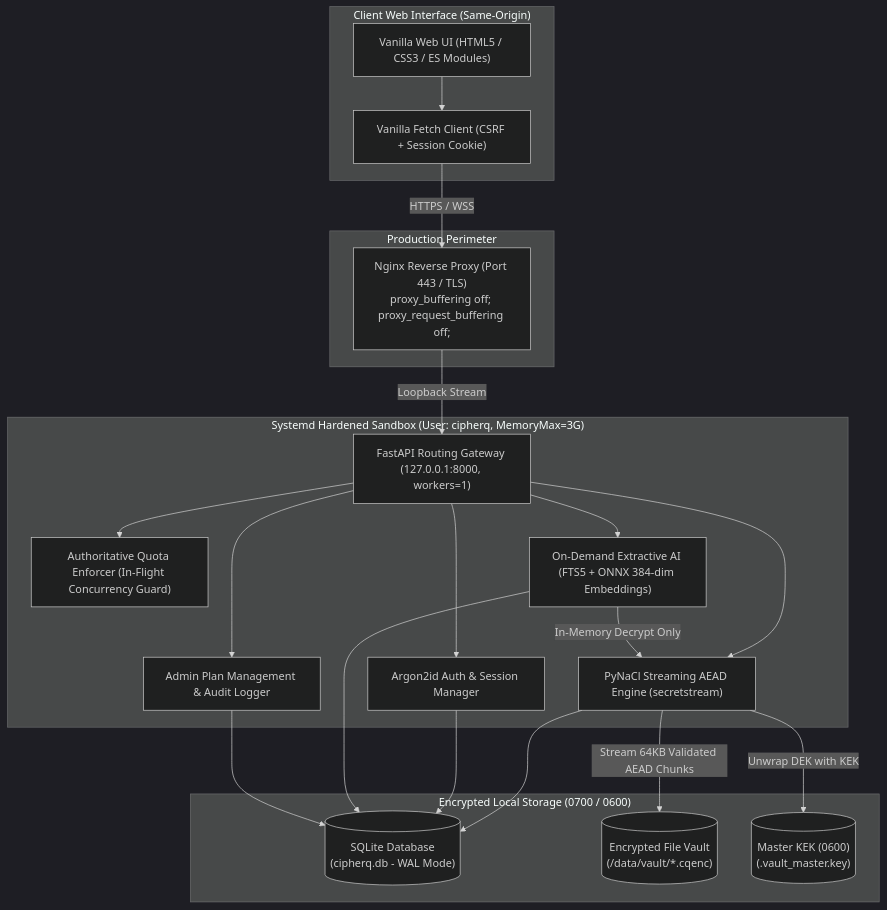
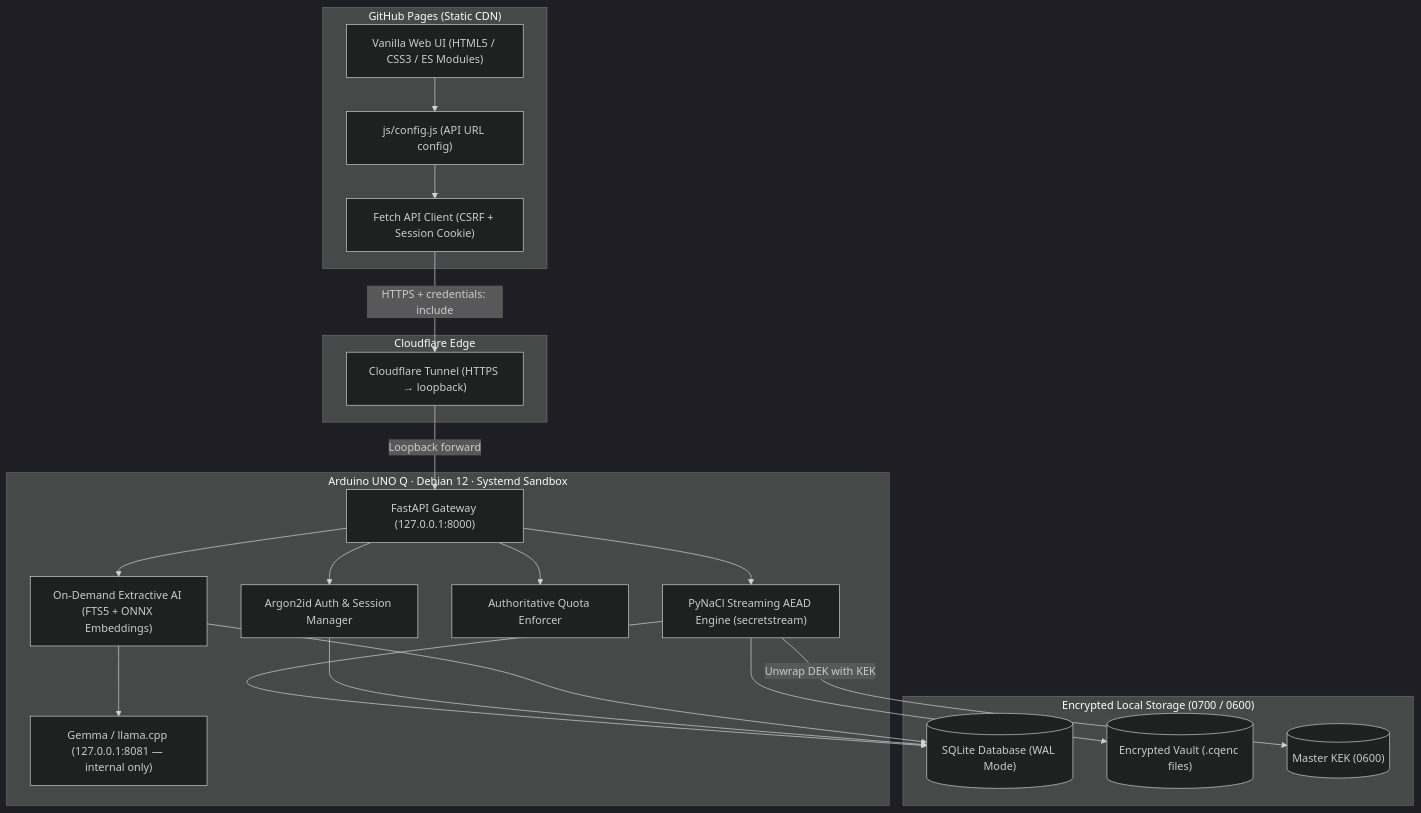
The diagram in README.md (nimalan-parameswaran/CipherQ), drawn with Mermaid (dark theme) before and after one commit. The commit also changed other lines of this file, not shown here.

````diff
--- a/README.md
+++ b/README.md
@@ -15,43 +56,41 @@
 ```mermaid
 flowchart TD
-    subgraph Browser ["Client Web Interface (Same-Origin)"]
+    subgraph Pages ["GitHub Pages (Static CDN)"]
         UI["Vanilla Web UI (HTML5 / CSS3 / ES Modules)"]
-        Client["Vanilla Fetch Client (CSRF + Session Cookie)"]
-        UI --> Client
+        Config["js/config.js (API URL config)"]
+        Client["Fetch API Client (CSRF + Session Cookie)"]
+        UI --> Config --> Client
     end
 
-    subgraph NetworkPerimeter ["Production Perimeter"]
-        Nginx["Nginx Reverse Proxy (Port 443 / TLS)\nproxy_buffering off; proxy_request_buffering off;"]
+    subgraph CF ["Cloudflare Edge"]
+        Tunnel["Cloudflare Tunnel (HTTPS → loopback)"]
     end
 
-    subgraph SystemdSandbox ["Systemd Hardened Sandbox (User: cipherq, MemoryMax=3G)"]
-        API["FastAPI Routing Gateway (127.0.0.1:8000, workers=1)"]
+    subgraph Arduino ["Arduino UNO Q · Debian 12 · Systemd Sandbox"]
+        API["FastAPI Gateway (127.0.0.1:8000)"]
         AuthSvc["Argon2id Auth & Session Manager"]
         VaultSvc["PyNaCl Streaming AEAD Engine (secretstream)"]
-        QuotaSvc["Authoritative Quota Enforcer (In-Flight Concurrency Guard)"]
-        AISvc["On-Demand Extractive AI (FTS5 + ONNX 384-dim Embeddings)"]
-        AdminSvc["Admin Plan Management & Audit Logger"]
+        QuotaSvc["Authoritative Quota Enforcer"]
+        AISvc["On-Demand Extractive AI (FTS5 + ONNX Embeddings)"]
+        Gemma["Gemma / llama.cpp (127.0.0.1:8081 — internal only)"]
     end
 
-    subgraph StorageLayer ["Encrypted Local Storage (0700 / 0600)"]
-        DB[("SQLite Database\n(cipherq.db - WAL Mode)")]
-        Vault[("Encrypted File Vault\n(/data/vault/*.cqenc)")]
-        MasterKey[("Master KEK (0600)\n(.vault_master.key)")]
+    subgraph Storage ["Encrypted Local Storage (0700 / 0600)"]
+        DB[("SQLite Database (WAL Mode)")]
+        Vault[("Encrypted Vault (.cqenc files)")]
+        MasterKey[("Master KEK (0600)")]
     end
 
-    Client -->|HTTPS / WSS| Nginx
-    Nginx -->|Loopback Stream| API
+    Client -->|"HTTPS + credentials: include"| Tunnel
+    Tunnel -->|"Loopback forward"| API
     API --> AuthSvc
     API --> QuotaSvc
     API --> VaultSvc
     API --> AISvc
-    API --> AdminSvc
-
-    VaultSvc -->|Unwrap DEK with KEK| MasterKey
-    VaultSvc -->|Stream 64KB Validated AEAD Chunks| Vault
+    AISvc --> Gemma
+    VaultSvc -->|"Unwrap DEK with KEK"| MasterKey
+    VaultSvc --> Vault
     VaultSvc --> DB
     AuthSvc --> DB
-    AISvc -->|In-Memory Decrypt Only| VaultSvc
     AISvc --> DB
-    AdminSvc --> DB
 ```
````
